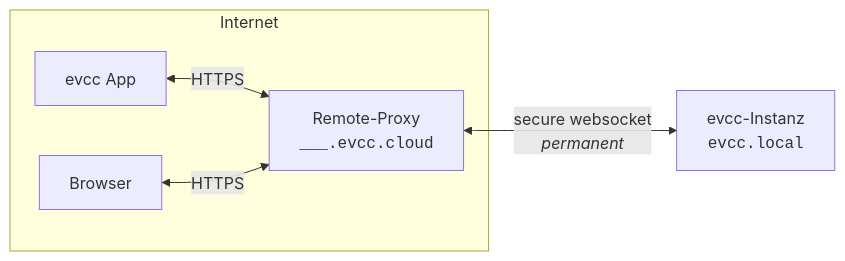
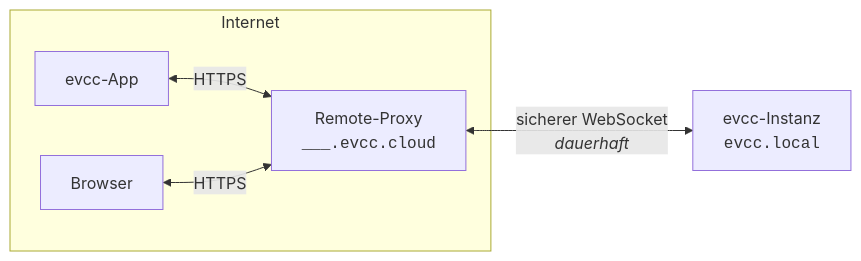
The diagram in src/content/docs/de/features/remote-access.mdx (evcc-io/docs), drawn with Mermaid before and after one commit. The commit also changed other lines of this file and 1907 other files, not shown here.

````diff
--- a/src/content/docs/de/features/remote-access.mdx
+++ b/src/content/docs/de/features/remote-access.mdx
@@ -97,11 +98,11 @@
 ```mermaid
 flowchart LR
   subgraph internet [Internet]
-    app["evcc App"]
+    app["evcc-App"]
     browser["Browser"]
     proxy["Remote-Proxy<br/><code>___.evcc.cloud</code>"]
   end
   app <-- HTTPS --> proxy
   browser <-- HTTPS --> proxy
-  proxy <-->|"secure websocket<br/><i>permanent</i>"| evcc["evcc-Instanz<br/><code>evcc.local</code>"]
+  proxy <-->|"sicherer WebSocket<br/><i>dauerhaft</i>"| evcc["evcc-Instanz<br/><code>evcc.local</code>"]
 ```
````
